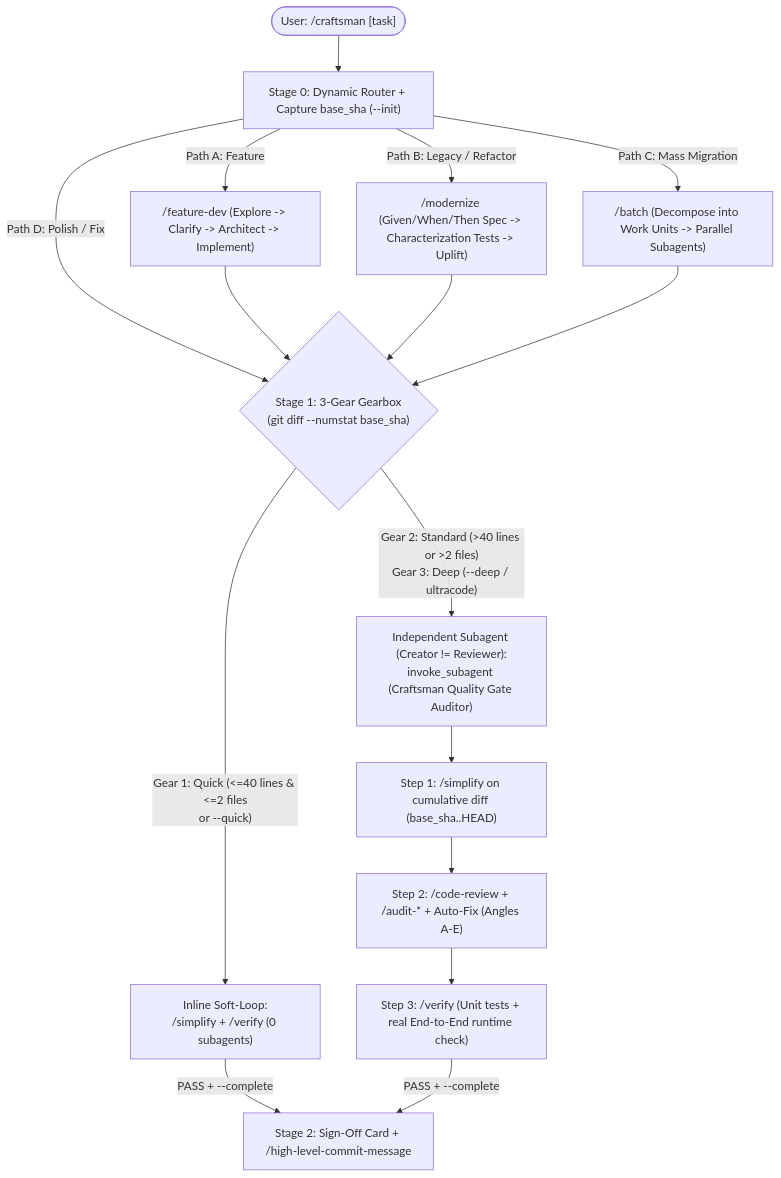
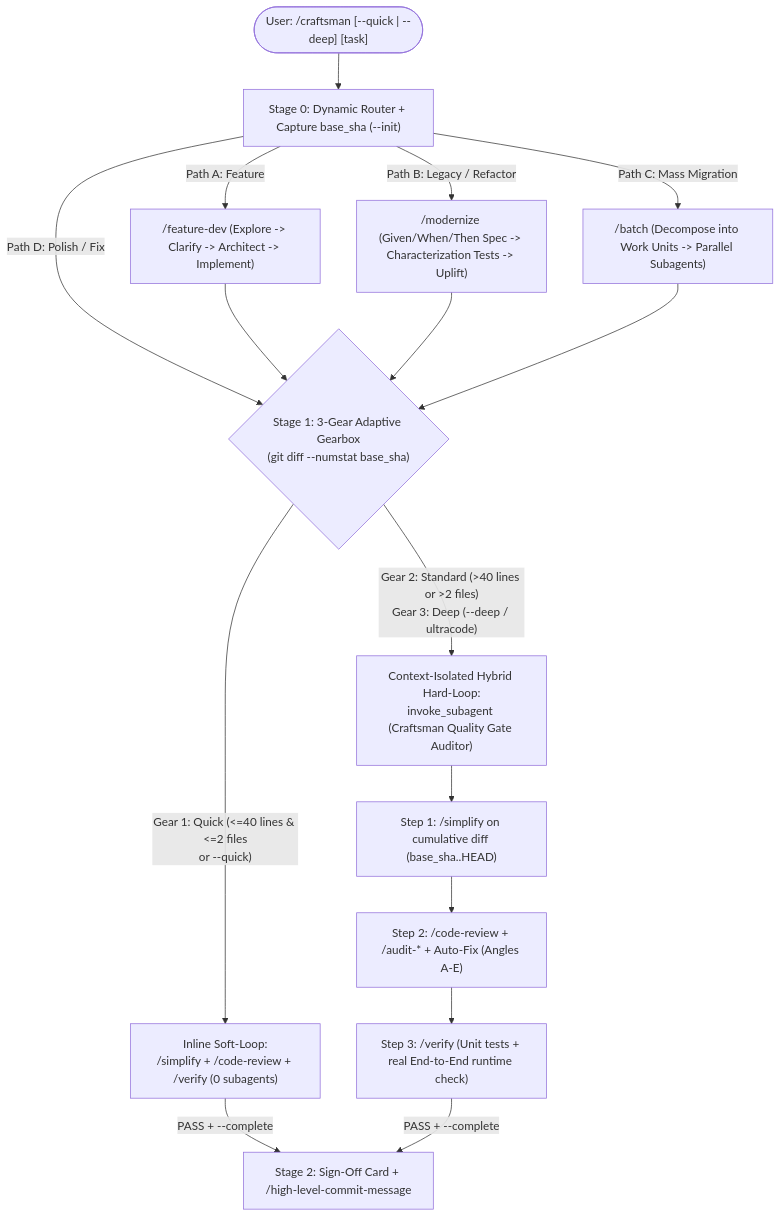
The diagram in README.md (BuczynskiRafal/craftsman), drawn with Mermaid before and after one commit. The commit also changed other lines of this file and 10 other files, not shown here.

Commit message:
docs(architecture): reframe repository around adaptive closed-loop harness and remove decorative emojis

````diff
--- a/README.md
+++ b/README.md
@@ -50,23 +54,23 @@
 ```mermaid
 flowchart TD
-    User(["User: /craftsman [task]"]) --> Triage["Stage 0: Dynamic Router + Capture base_sha (--init)"]
+    User(["User: /craftsman [--quick | --deep] [task]"]) --> Triage["Stage 0: Dynamic Router + Capture base_sha (--init)"]
 
     Triage -->|"Path A: Feature"| Arch["/feature-dev (Explore -> Clarify -> Architect -> Implement)"]
     Triage -->|"Path B: Legacy / Refactor"| Mod["/modernize (Given/When/Then Spec -> Characterization Tests -> Uplift)"]
     Triage -->|"Path C: Mass Migration"| Batch["/batch (Decompose into Work Units -> Parallel Subagents)"]
-    Triage -->|"Path D: Polish / Fix"| Gearbox{"Stage 1: 3-Gear Gearbox\n(git diff --numstat base_sha)"}
+    Triage -->|"Path D: Polish / Fix"| Gearbox{"Stage 1: 3-Gear Adaptive Gearbox\n(git diff --numstat base_sha)"}
 
     Arch --> Gearbox
     Mod --> Gearbox
     Batch --> Gearbox
 
-    Gearbox -->|"Gear 1: Quick (<=40 lines & <=2 files\nor --quick)"| SoftLoop["Inline Soft-Loop:\n/simplify + /verify (0 subagents)"]
-    Gearbox -->|"Gear 2: Standard (>40 lines or >2 files)\nGear 3: Deep (--deep / ultracode)"| Subagent["Independent Subagent (Creator != Reviewer):\ninvoke_subagent (Craftsman Quality Gate Auditor)"]
+    Gearbox -->|"Gear 1: Quick (<=40 lines & <=2 files\nor --quick)"| SoftLoop["Inline Soft-Loop:\n/simplify + /code-review + /verify (0 subagents)"]
+    Gearbox -->|"Gear 2: Standard (>40 lines or >2 files)\nGear 3: Deep (--deep / ultracode)"| Subagent["Context-Isolated Hybrid Hard-Loop:\ninvoke_subagent (Craftsman Quality Gate Auditor)"]
 
     Subagent --> Simplify["Step 1: /simplify on cumulative diff (base_sha..HEAD)"]
     Simplify --> Review["Step 2: /code-review + /audit-* + Auto-Fix (Angles A-E)"]
     Review --> Verify["Step 3: /verify (Unit tests + real End-to-End runtime check)"]
 
     SoftLoop -->|"PASS + --complete"| Commit["Stage 2: Sign-Off Card + /high-level-commit-message"]
     Verify -->|"PASS + --complete"| Commit
 ```
````
